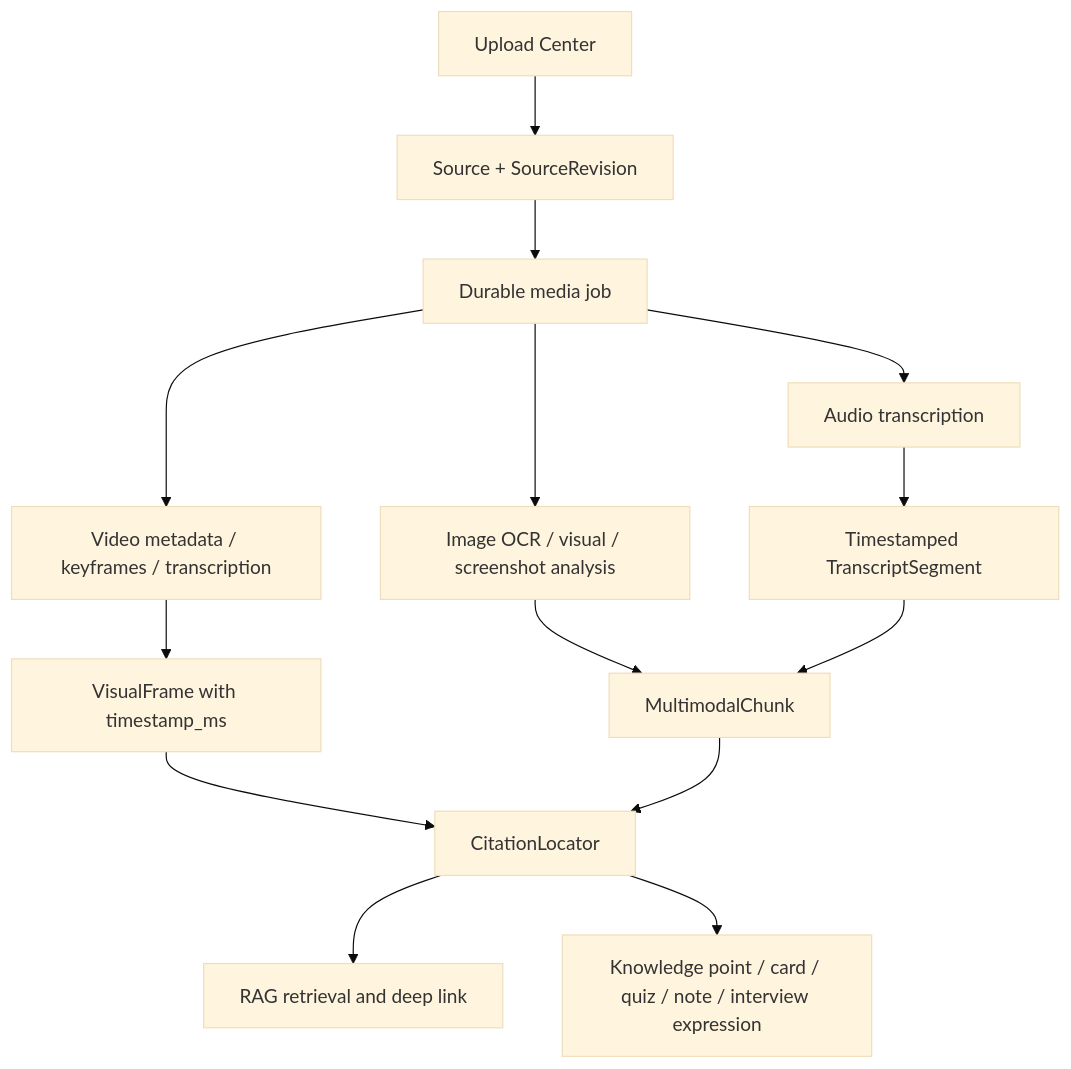
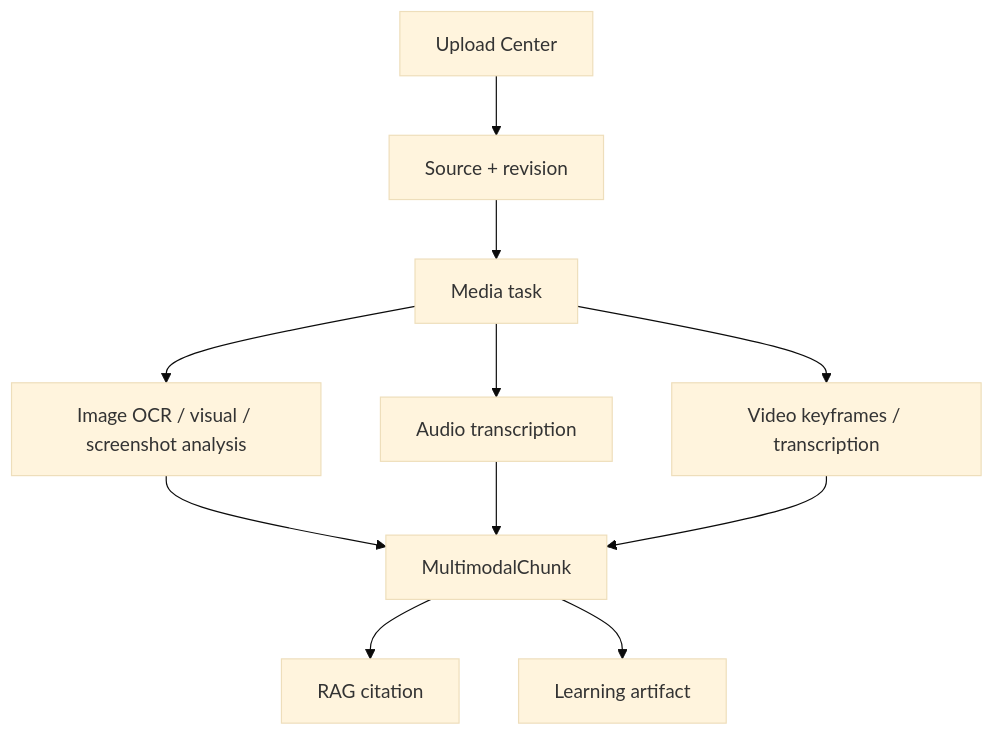
Before and after one commit to DZH166/AI-Knowledge-OS-Pro: the third of 4 diagrams in README.md, drawn with Mermaid (base theme). The commit also changed other lines of this file and 38 other files, not shown here.

````diff
--- a/README.md
+++ b/README.md
@@ -91,16 +108,13 @@
 ```mermaid
 flowchart TD
-    U["Upload Center"] --> S["Source + SourceRevision"]
-    S --> T["Durable media job"]
-    T --> IMG["Image OCR / visual / screenshot analysis"]
-    T --> AUD["Audio transcription"]
-    T --> VID["Video metadata / keyframes / transcription"]
-    IMG --> CHUNK["MultimodalChunk"]
-    AUD --> SEG["Timestamped TranscriptSegment"]
-    VID --> FRAME["VisualFrame with timestamp_ms"]
-    SEG --> CHUNK
-    FRAME --> LOC["CitationLocator"]
-    CHUNK --> LOC
-    LOC --> RAG["RAG retrieval and deep link"]
-    LOC --> LEARN["Knowledge point / card / quiz / note / interview expression"]
+    Upload["Upload Center"] --> Source["Source + revision"]
+    Source --> Job["Media task"]
+    Job --> Image["Image OCR / visual / screenshot analysis"]
+    Job --> Audio["Audio transcription"]
+    Job --> Video["Video keyframes / transcription"]
+    Image --> Evidence["MultimodalChunk"]
+    Audio --> Evidence
+    Video --> Evidence
+    Evidence --> RAG["RAG citation"]
+    Evidence --> Learn["Learning artifact"]
 ```
````
